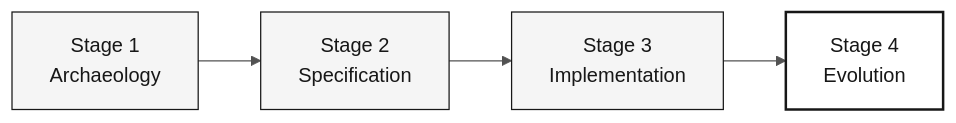
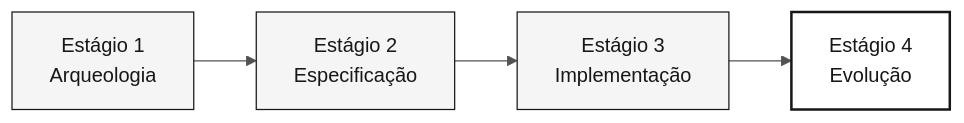
One commit to paulasilvatech/datacorp-sifap-team-kit-pt-br changed the diagram in 05-personas/09-devops-engineer/PERSONA.md. Above: the diagram before and after it, drawn with Mermaid. The commit also changed other lines of this file and 361 other files, not shown here.

````diff
--- a/05-personas/09-devops-engineer/PERSONA.md
+++ b/05-personas/09-devops-engineer/PERSONA.md
@@ -30,10 +30,10 @@
 ```mermaid
 %%{init: {'theme':'neutral','themeVariables':{'fontFamily':'ui-sans-serif, system-ui, sans-serif','primaryColor':'#F5F5F5','primaryTextColor':'#171717','primaryBorderColor':'#171717','lineColor':'#525252','secondaryColor':'#FFFFFF','tertiaryColor':'#FAFAFA','background':'#FFFFFF'}}}%%
 flowchart LR
     classDef step fill:#F5F5F5,stroke:#171717,color:#171717
     classDef active fill:#FFFFFF,stroke:#171717,color:#171717,stroke-width:2px
     classDef muted fill:#FAFAFA,stroke:#A3A3A3,color:#404040
-    S1["Stage 1<br/>Archaeology"]:::step --> S2["Stage 2<br/>Specification"]:::step
-    S2 --> S3["Stage 3<br/>Implementation"]:::step
-    S3 --> S4["Stage 4<br/>Evolution"]:::active
+    S1["Estágio 1<br/>Arqueologia"]:::step --> S2["Estágio 2<br/>Especificação"]:::step
+    S2 --> S3["Estágio 3<br/>Implementação"]:::step
+    S3 --> S4["Estágio 4<br/>Evolução"]:::active
 ```
````
